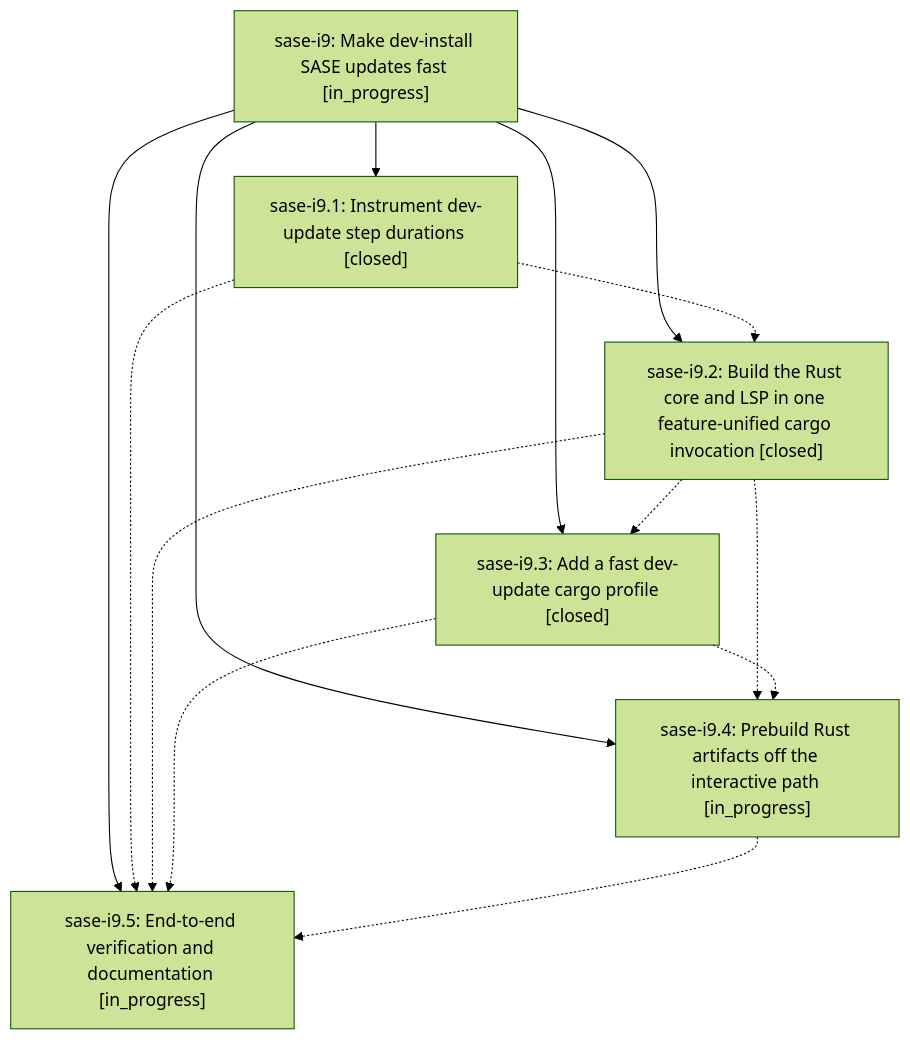
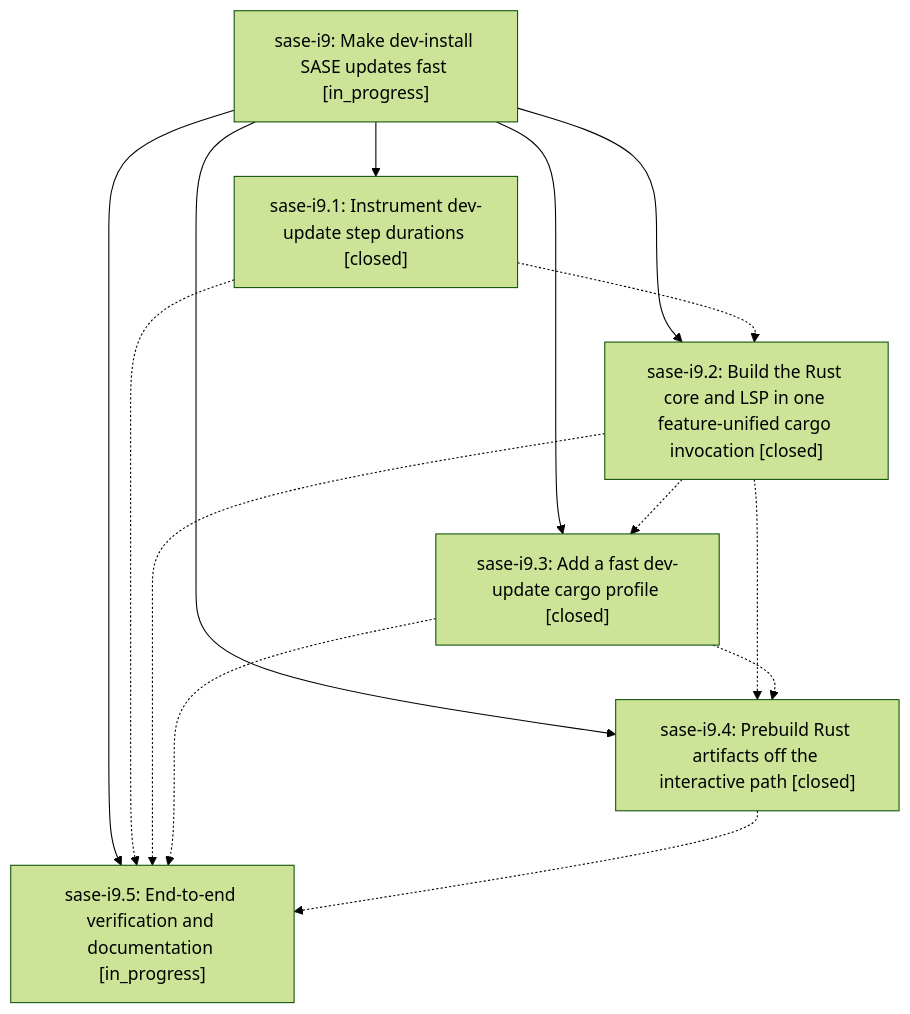
The diagram in pages/sase-i9/README.md (sase-org/sase--beads), drawn with Mermaid (forest theme) before and after one commit. The commit also changed other lines of this file and 4 other files, not shown here.

````diff
--- a/pages/sase-i9/README.md
+++ b/pages/sase-i9/README.md
@@ -49,22 +49,22 @@
 ```mermaid
 flowchart TD
     n0["sase-i9: Make dev-install SASE updates fast [in_progress]"]
     n1["sase-i9.1: Instrument dev-update step durations [closed]"]
     n2["sase-i9.2: Build the Rust core and LSP in one feature-unified cargo invocation [closed]"]
     n3["sase-i9.3: Add a fast dev-update cargo profile [closed]"]
-    n4["sase-i9.4: Prebuild Rust artifacts off the interactive path [in_progress]"]
+    n4["sase-i9.4: Prebuild Rust artifacts off the interactive path [closed]"]
     n5["sase-i9.5: End-to-end verification and documentation [in_progress]"]
     n0 --> n1
     n0 --> n2
     n0 --> n3
     n0 --> n4
     n0 --> n5
     n1 -.-> n2
     n1 -.-> n5
     n2 -.-> n3
     n2 -.-> n4
     n2 -.-> n5
     n3 -.-> n4
     n3 -.-> n5
     n4 -.-> n5
 ```
````
